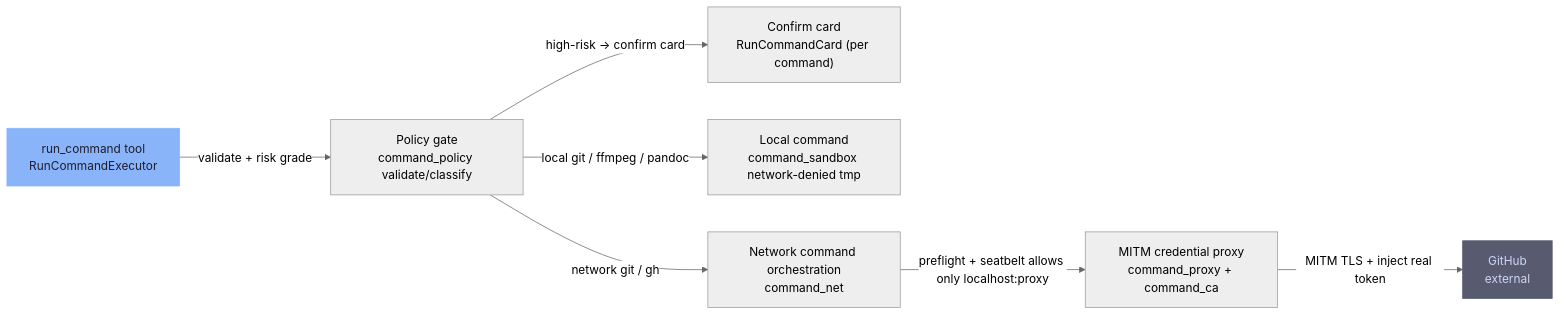
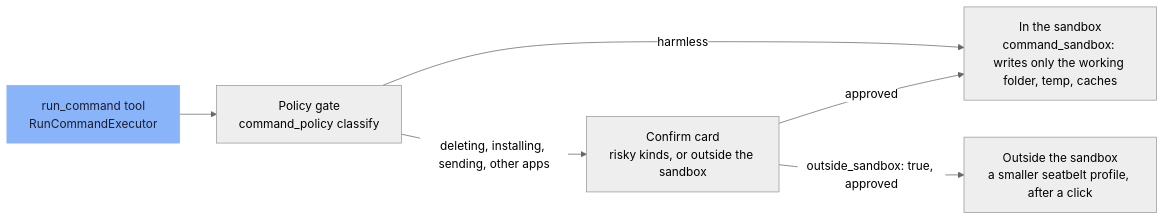
The fifth of 6 diagrams in docs/ARCHITECTURE.md (mirzatghayrat/arslan), drawn with Mermaid (neutral theme) before and after one commit. The commit also changed other lines of this file and 2 other files, not shown here.

Commit message:
docs: SECURITY.md and ARCHITECTURE.md stop promising protections that aren't there (audit [1])
The cloud planning audit (2026-10-21, on Opus 5.5) found:
- SECURITY.md promised a credential-injecting MITM proxy; it was removed in 0.1.48 (36104e00).
- "Sandbox fails closed" holds for run_python only; run_command still runs when the seatbelt can't
  start and marks its result `sandbox: unavailable` (terminal_exec.py), refusing only when it must run
  offline.
- docs/ARCHITECTURE.md described the proxy, a 4-binary whitelist and "refused if the sandbox can't start";
  RELIABILITY.md said shell network goes through the proxy.
Each overstatement is removed or corrected to what the code does; understatements (e.g. SECURITY.md's
"not filesystem-isolated") wait for the v0.1.65 docs update, per the audit.

````diff
--- a/docs/ARCHITECTURE.md
+++ b/docs/ARCHITECTURE.md
@@ -164,21 +164,16 @@
 ```mermaid
 graph LR
     run-command["run_command tool<br/>RunCommandExecutor"]
-    policy["Policy gate<br/>command_policy validate/classify"]
-    confirm["Confirm card<br/>RunCommandCard (per command)"]
-    local-path["Local command<br/>command_sandbox network-denied tmp"]
-    net-path["Network command orchestration<br/>command_net"]
-    proxy["MITM credential proxy<br/>command_proxy + command_ca"]
-    github["GitHub<br/>external"]
+    policy["Policy gate<br/>command_policy classify"]
+    confirm["Confirm card<br/>risky kinds, or outside the sandbox"]
+    sandboxed["In the sandbox<br/>command_sandbox: writes only the working folder, temp, caches"]
+    outside["Outside the sandbox<br/>a smaller seatbelt profile, after a click"]
 
-    run-command -->|"validate + risk grade"| policy
-    policy -->|"high-risk → confirm card"| confirm
-    policy -->|"local git / ffmpeg / pandoc"| local-path
-    policy -->|"network git / gh"| net-path
-    net-path -->|"preflight + seatbelt allows only localhost:proxy"| proxy
-    proxy -->|"MITM TLS + inject real token"| github
+    run-command --> policy
+    policy -->|"harmless"| sandboxed
+    policy -->|"deleting, installing, sending, other apps"| confirm
+    confirm -->|"approved"| sandboxed
+    confirm -->|"outside_sandbox: true, approved"| outside
     classDef entry fill:#89b4fa,stroke:#89b4fa,color:#1e1e2e
-    classDef external fill:#585b70,stroke:#585b70,color:#cdd6f4
     class run-command entry
-    class github external
 ```
````
